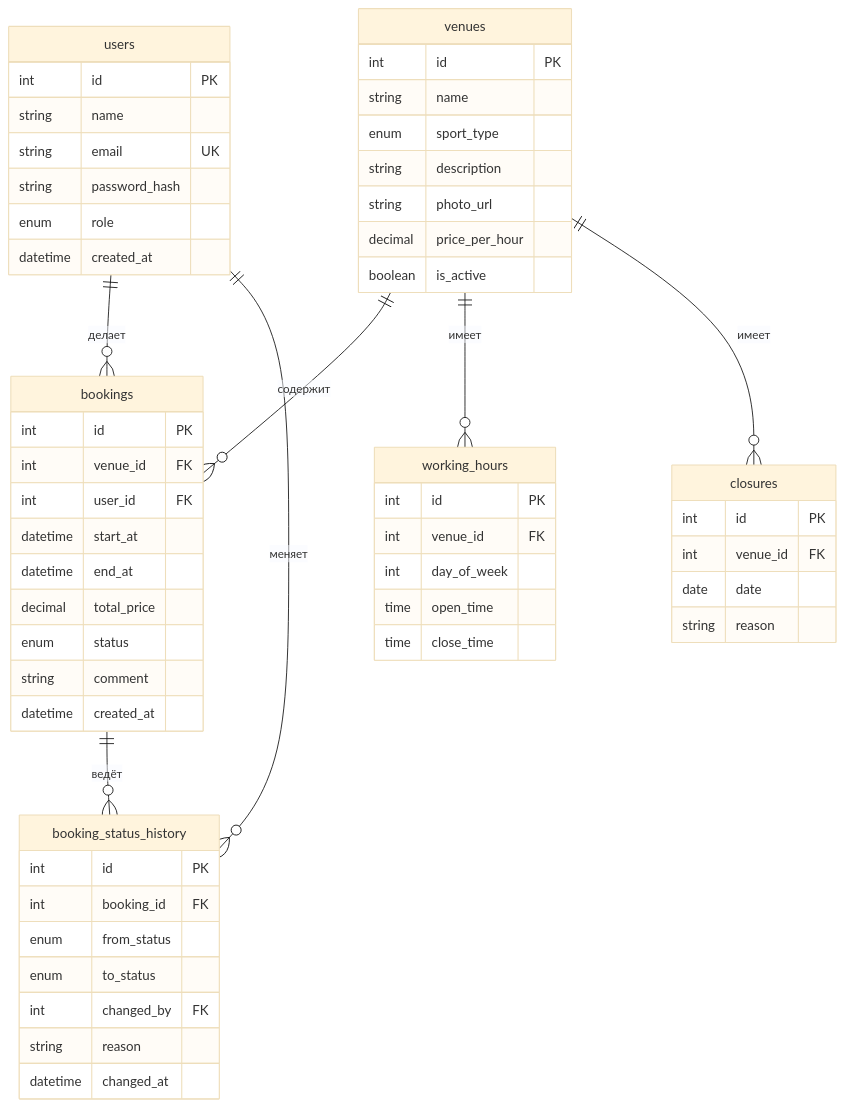
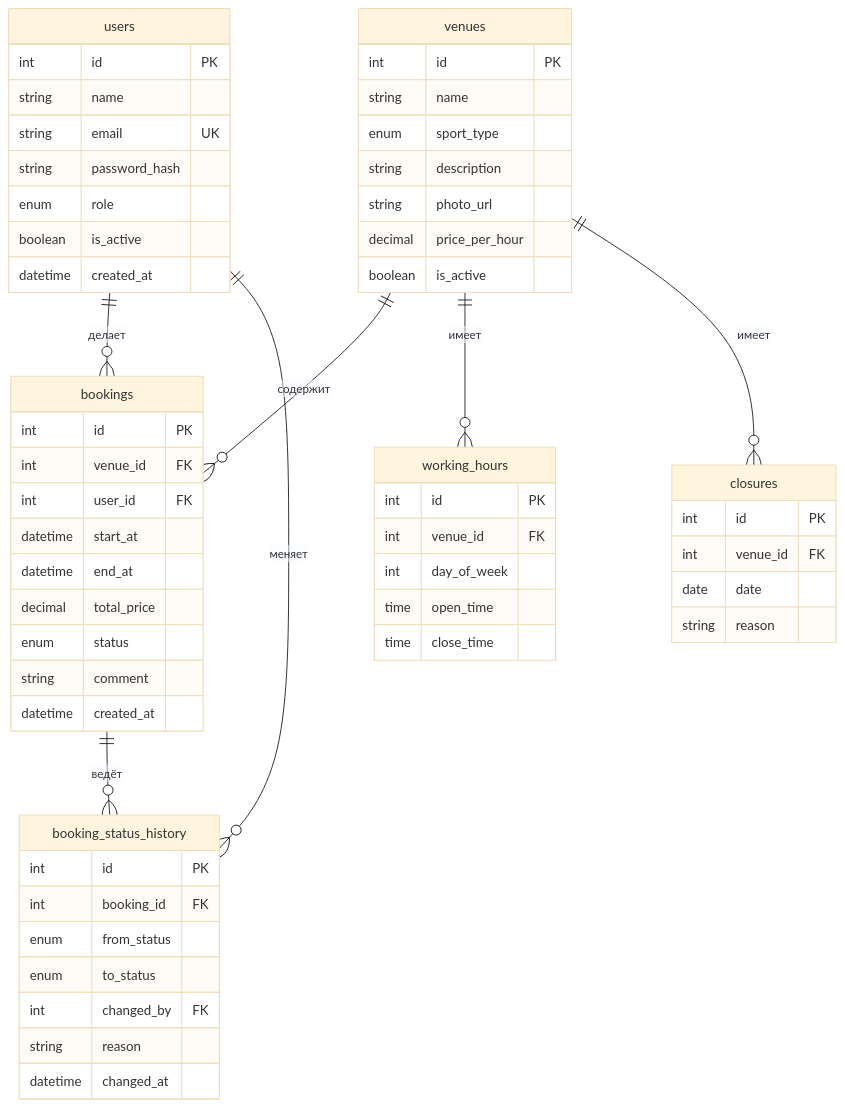
One commit to aruzhanerbolkyzy/sportbook changed the diagram in architecture.md. Above: the diagram before and after it, drawn with Mermaid (base theme). The commit also changed other lines of this file, not shown here.

````diff
--- a/architecture.md
+++ b/architecture.md
@@ -199,60 +201,61 @@
 ```mermaid
 erDiagram
     users ||--o{ bookings : "делает"
     venues ||--o{ bookings : "содержит"
     venues ||--o{ working_hours : "имеет"
     venues ||--o{ closures : "имеет"
     bookings ||--o{ booking_status_history : "ведёт"
     users ||--o{ booking_status_history : "меняет"
 
     users {
         int id PK
         string name
         string email UK
         string password_hash
         enum role
+        boolean is_active
         datetime created_at
     }
     venues {
         int id PK
         string name
         enum sport_type
         string description
         string photo_url
         decimal price_per_hour
         boolean is_active
     }
     working_hours {
         int id PK
         int venue_id FK
         int day_of_week
         time open_time
         time close_time
     }
     closures {
         int id PK
         int venue_id FK
         date date
         string reason
     }
     bookings {
         int id PK
         int venue_id FK
         int user_id FK
         datetime start_at
         datetime end_at
         decimal total_price
         enum status
         string comment
         datetime created_at
     }
     booking_status_history {
         int id PK
         int booking_id FK
         enum from_status
         enum to_status
         int changed_by FK
         string reason
         datetime changed_at
     }
 ```
````
